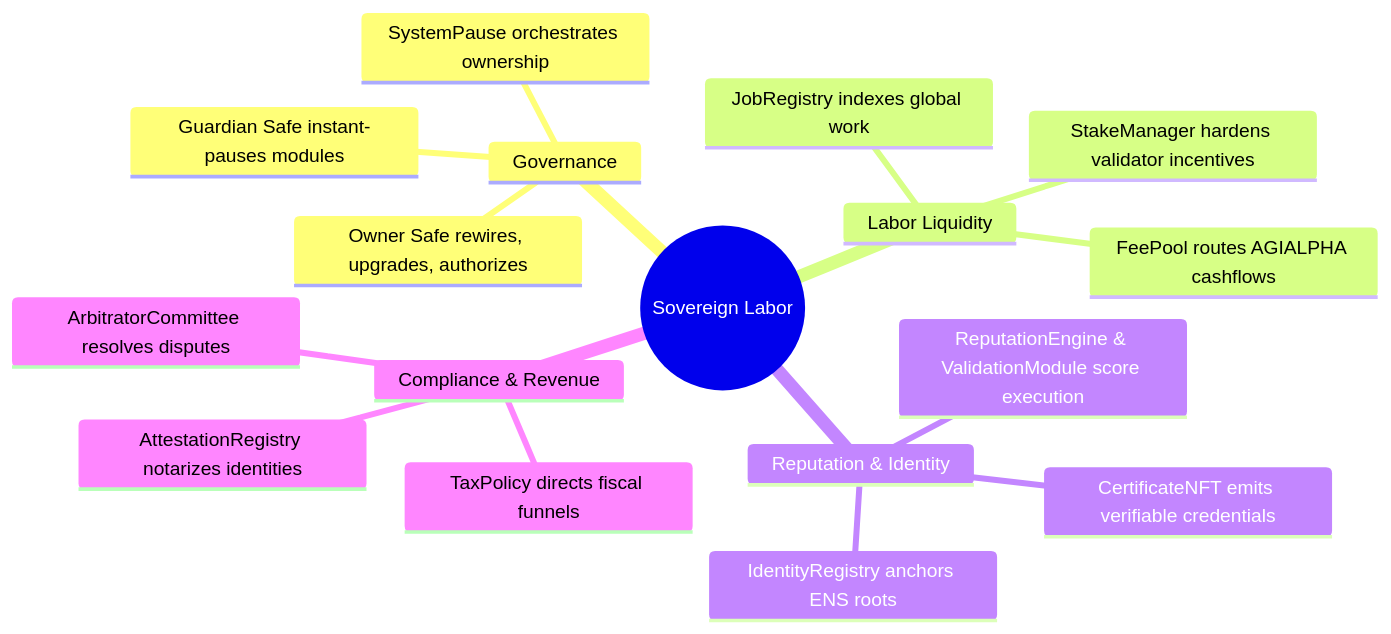
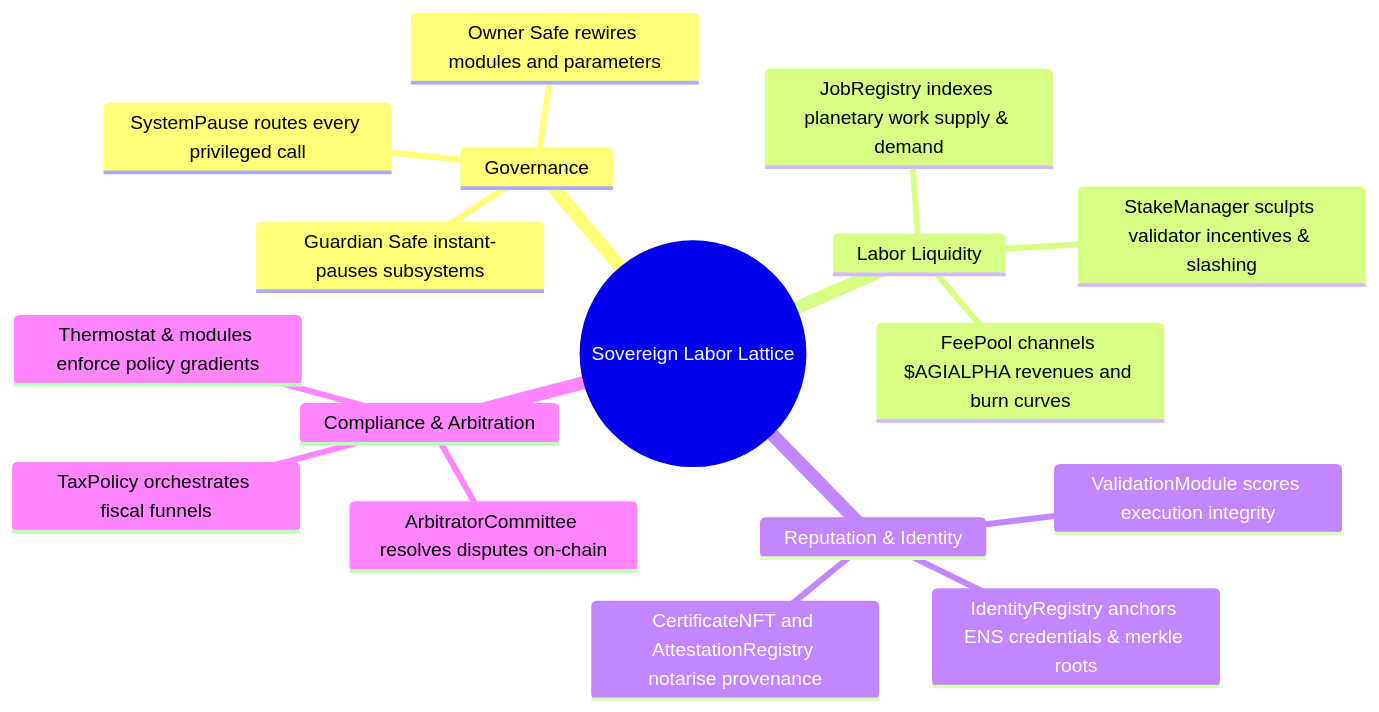
One commit to MontrealAI/agijobs-sovereign-labor-v0p1 changed the first of 4 diagrams in hardhat/README.md. Above: the diagram before and after it, drawn with Mermaid. The commit also changed other lines of this file and 1 other file, not shown here.

````diff
--- a/hardhat/README.md
+++ b/hardhat/README.md
@@ -46,20 +54,20 @@
 ```mermaid
 mindmap
-  root((Sovereign Labor))
+  root((Sovereign Labor Lattice))
     Governance
-      SystemPause orchestrates ownership
-      Guardian Safe instant-pauses modules
-      Owner Safe rewires, upgrades, authorizes
+      SystemPause routes every privileged call
+      Owner Safe rewires modules and parameters
+      Guardian Safe instant-pauses subsystems
     Labor Liquidity
-      JobRegistry indexes global work
-      StakeManager hardens validator incentives
-      FeePool routes AGIALPHA cashflows
+      JobRegistry indexes planetary work supply & demand
+      StakeManager sculpts validator incentives & slashing
+      FeePool channels $AGIALPHA revenues and burn curves
     Reputation & Identity
-      ReputationEngine & ValidationModule score execution
-      IdentityRegistry anchors ENS roots
-      CertificateNFT emits verifiable credentials
-    Compliance & Revenue
-      TaxPolicy directs fiscal funnels
-      ArbitratorCommittee resolves disputes
-      AttestationRegistry notarizes identities
+      ValidationModule scores execution integrity
+      IdentityRegistry anchors ENS credentials & merkle roots
+      CertificateNFT and AttestationRegistry notarise provenance
+    Compliance & Arbitration
+      TaxPolicy orchestrates fiscal funnels
+      ArbitratorCommittee resolves disputes on-chain
+      Thermostat & modules enforce policy gradients
 ```
````
